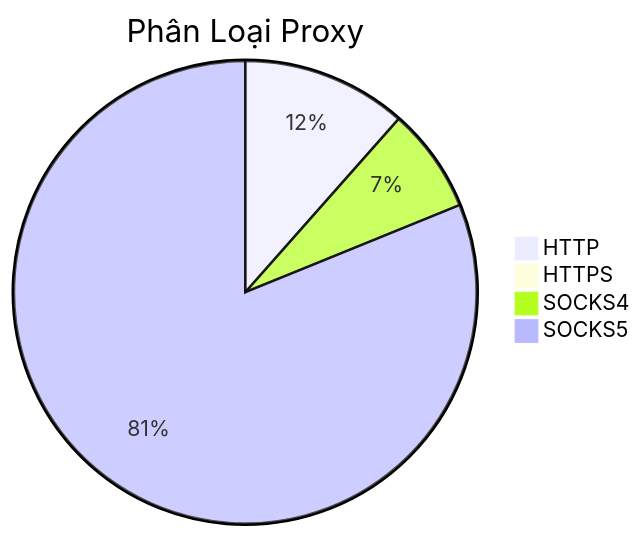
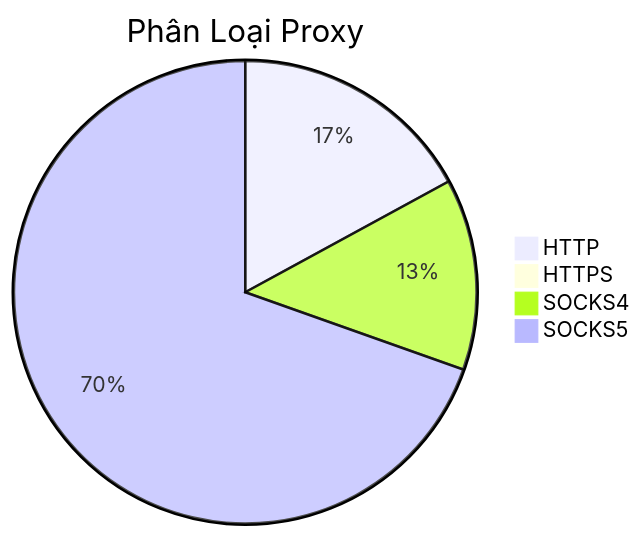
The diagram in README.md (Ciara-Aa/PROXY-free), drawn with Mermaid before and after one commit. The commit also changed other lines of this file and 4 other files, not shown here.

````diff
--- a/README.md
+++ b/README.md
@@ -26,7 +26,7 @@
 ```mermaid
 pie title Phân Loại Proxy
-    "HTTP" : 408
+    "HTTP" : 342
     "HTTPS" : 2
-    "SOCKS4" : 259
-    "SOCKS5" : 2872
+    "SOCKS4" : 268
+    "SOCKS5" : 1395
 ```
````
